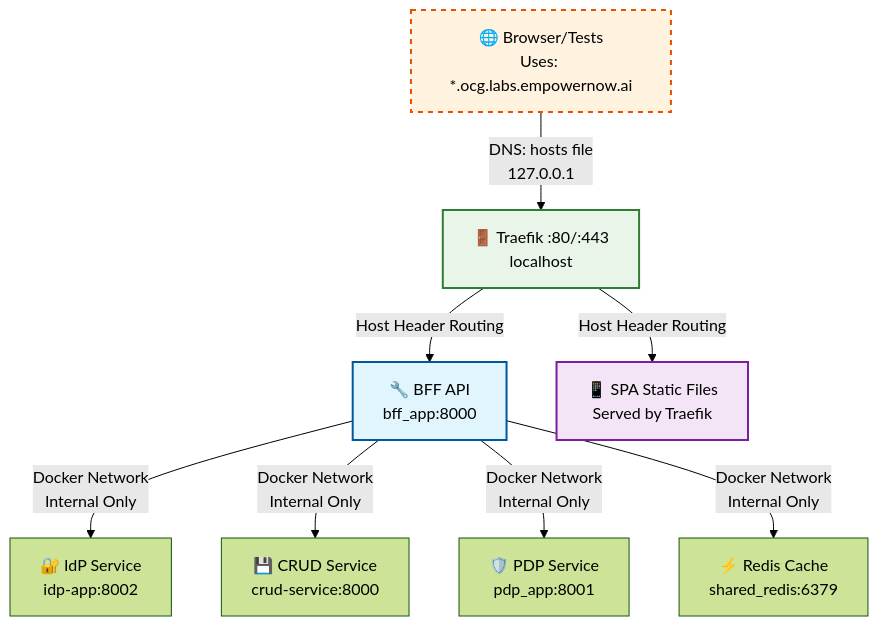
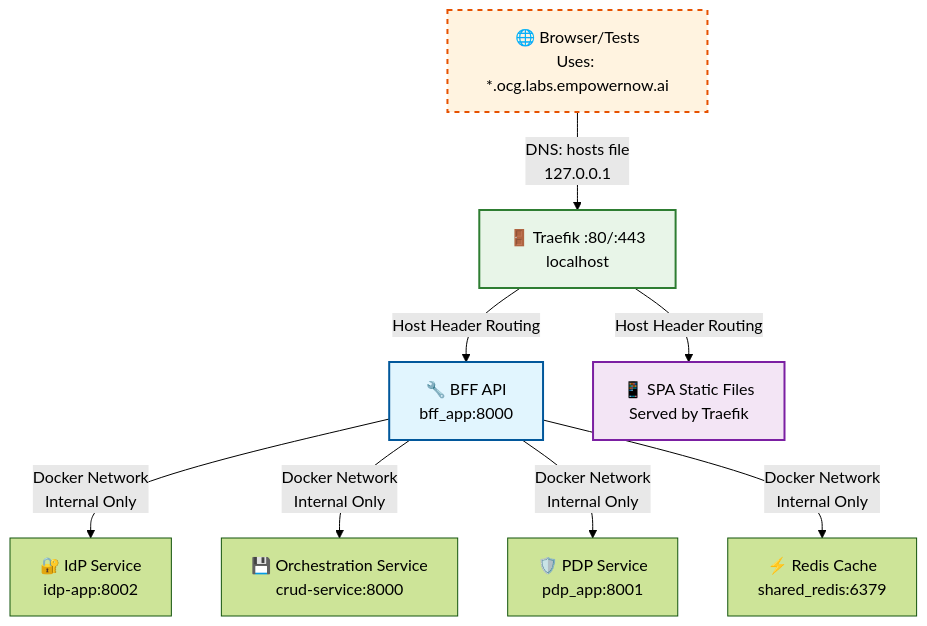
One commit to empowerID/empowernow_docs changed the diagram in static/resources/bff/TEST_EXECUTION_GUIDE.md. Above: the diagram before and after it, drawn with Mermaid (forest theme). The commit also changed other lines of this file and 82 other files, not shown here.

````diff
--- a/static/resources/bff/TEST_EXECUTION_GUIDE.md
+++ b/static/resources/bff/TEST_EXECUTION_GUIDE.md
@@ -157,16 +157,16 @@
 ```mermaid
 graph TD
     A["🌐 Browser/Tests<br/>Uses: *.ocg.labs.empowernow.ai"] 
     A -->|"DNS: hosts file<br/>127.0.0.1"| B["🚪 Traefik :80/:443<br/>localhost"]
     B -->|"Host Header Routing"| C["🔧 BFF API<br/>bff_app:8000"]
     B -->|"Host Header Routing"| D["📱 SPA Static Files<br/>Served by Traefik"]
     C -->|"Docker Network<br/>Internal Only"| E["🔐 IdP Service<br/>idp-app:8002"]
-    C -->|"Docker Network<br/>Internal Only"| F["💾 CRUD Service<br/>crud-service:8000"]
+    C -->|"Docker Network<br/>Internal Only"| F["💾 Orchestration Service<br/>crud-service:8000"]
     C -->|"Docker Network<br/>Internal Only"| G["🛡️ PDP Service<br/>pdp_app:8001"]
     C -->|"Docker Network<br/>Internal Only"| H["⚡ Redis Cache<br/>shared_redis:6379"]
     
     style A fill:#fff3e0,stroke:#e65100,stroke-width:2px,stroke-dasharray: 5 5
     style B fill:#e8f5e8,stroke:#2e7d32,stroke-width:2px
     style C fill:#e1f5fe,stroke:#01579b,stroke-width:2px
     style D fill:#f3e5f5,stroke:#7b1fa2,stroke-width:2px
 ```
````
